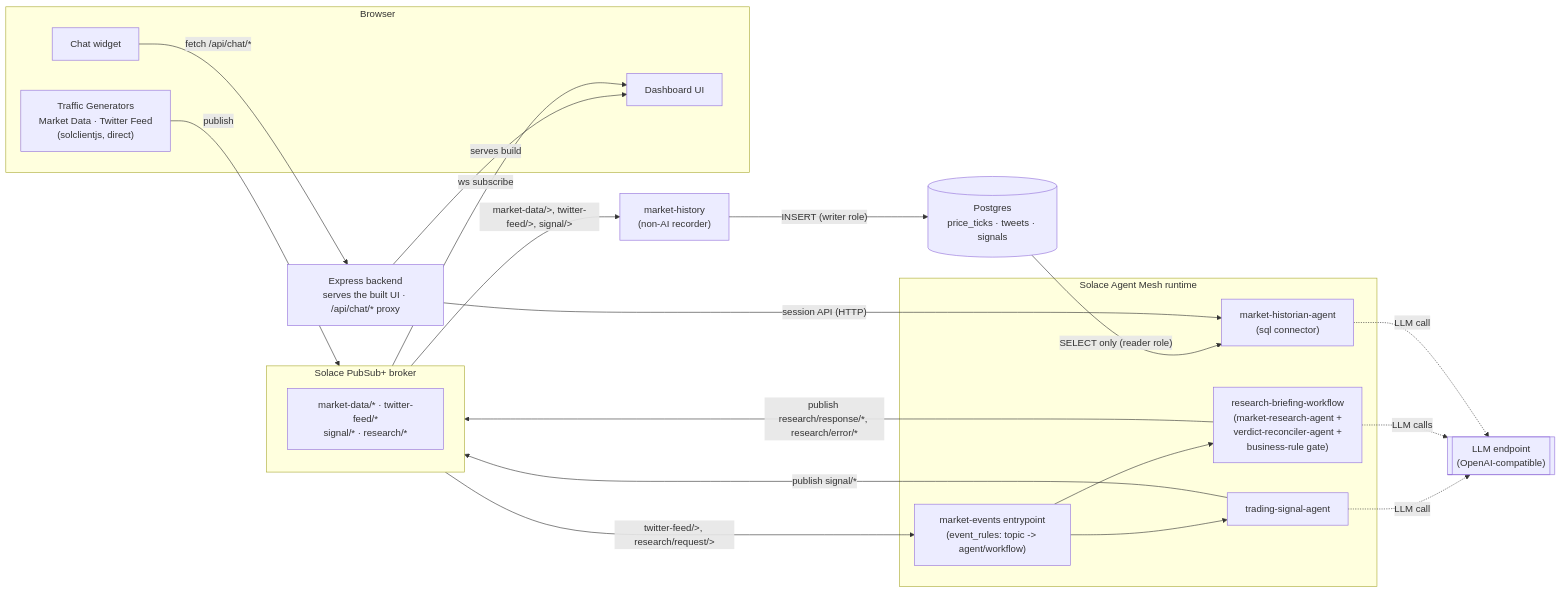
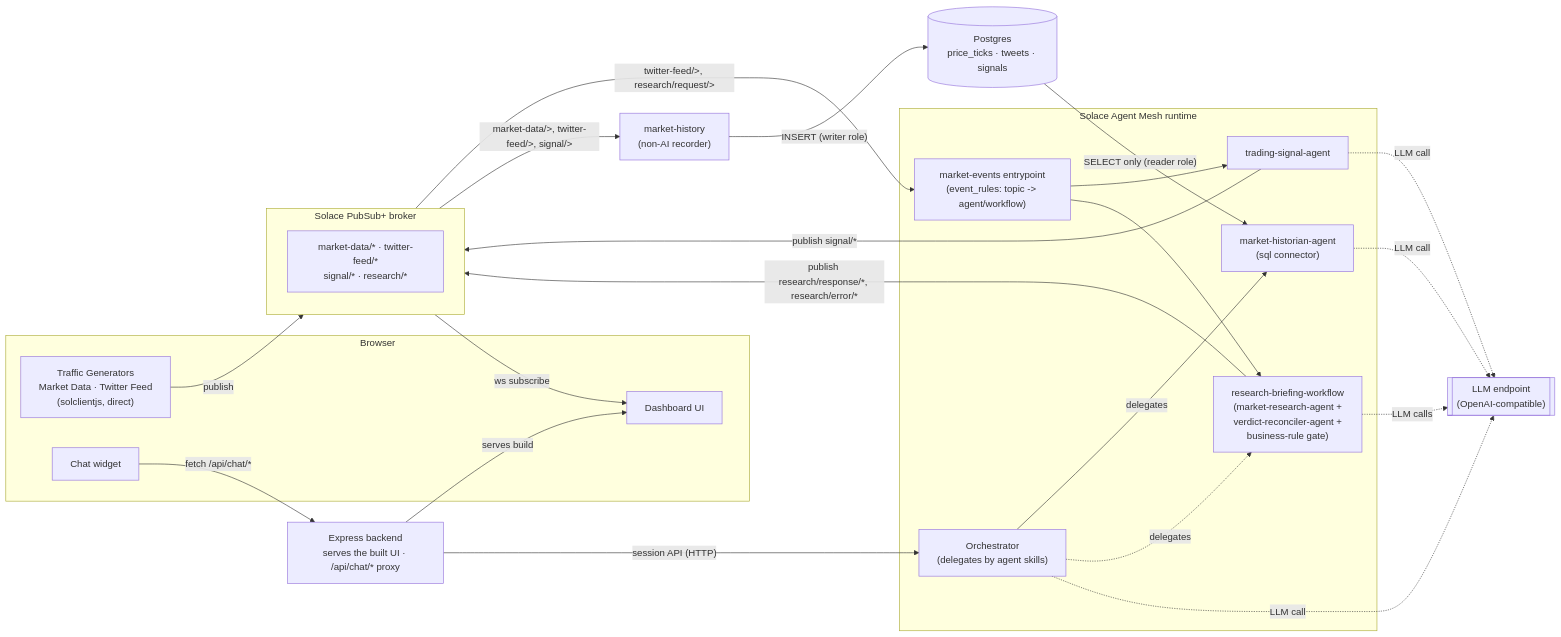
One commit to himoacs/trading-dashboard-solace changed the first of 5 diagrams in README.md. Above: the diagram before and after it, drawn with Mermaid. The commit also changed other lines of this file and 3 other files, not shown here.

````diff
--- a/README.md
+++ b/README.md
@@ -142,44 +149,48 @@
 ```mermaid
 flowchart LR
     subgraph Browser["Browser"]
         UI["Dashboard UI"]
         TG["Traffic Generators<br/>Market Data · Twitter Feed<br/>(solclientjs, direct)"]
         CW["Chat widget"]
     end
 
     Backend["Express backend<br/>serves the built UI · /api/chat/* proxy"]
 
     subgraph Broker["Solace PubSub+ broker"]
         Topics["market-data/* · twitter-feed/*<br/>signal/* · research/*"]
     end
 
     MH["market-history<br/>(non-AI recorder)"]
     PG[("Postgres<br/>price_ticks · tweets · signals")]
 
     subgraph SAM["Solace Agent Mesh runtime"]
         EP["market-events entrypoint<br/>(event_rules: topic -> agent/workflow)"]
         A1["trading-signal-agent"]
         WF["research-briefing-workflow<br/>(market-research-agent +<br/>verdict-reconciler-agent +<br/>business-rule gate)"]
+        ORCH["Orchestrator<br/>(delegates by agent skills)"]
         HA["market-historian-agent<br/>(sql connector)"]
     end
 
     LLM[["LLM endpoint<br/>(OpenAI-compatible)"]]
 
     Backend -- serves build --> UI
     TG -- publish --> Broker
     Broker -- "ws subscribe" --> UI
     Broker -- "twitter-feed/&gt;, research/request/&gt;" --> EP
     EP --> A1
     EP --> WF
     A1 -- "publish signal/*" --> Broker
     WF -- "publish research/response/*, research/error/*" --> Broker
     A1 -. LLM call .-> LLM
     WF -. LLM calls .-> LLM
 
     Broker -- "market-data/&gt;, twitter-feed/&gt;, signal/&gt;" --> MH
     MH -- "INSERT (writer role)" --> PG
     PG -- "SELECT only (reader role)" --> HA
     CW -- "fetch /api/chat/*" --> Backend
-    Backend -- "session API (HTTP)" --> HA
+    Backend -- "session API (HTTP)" --> ORCH
+    ORCH -- delegates --> HA
+    ORCH -. "delegates" .-> WF
+    ORCH -. LLM call .-> LLM
     HA -. LLM call .-> LLM
 ```
````
